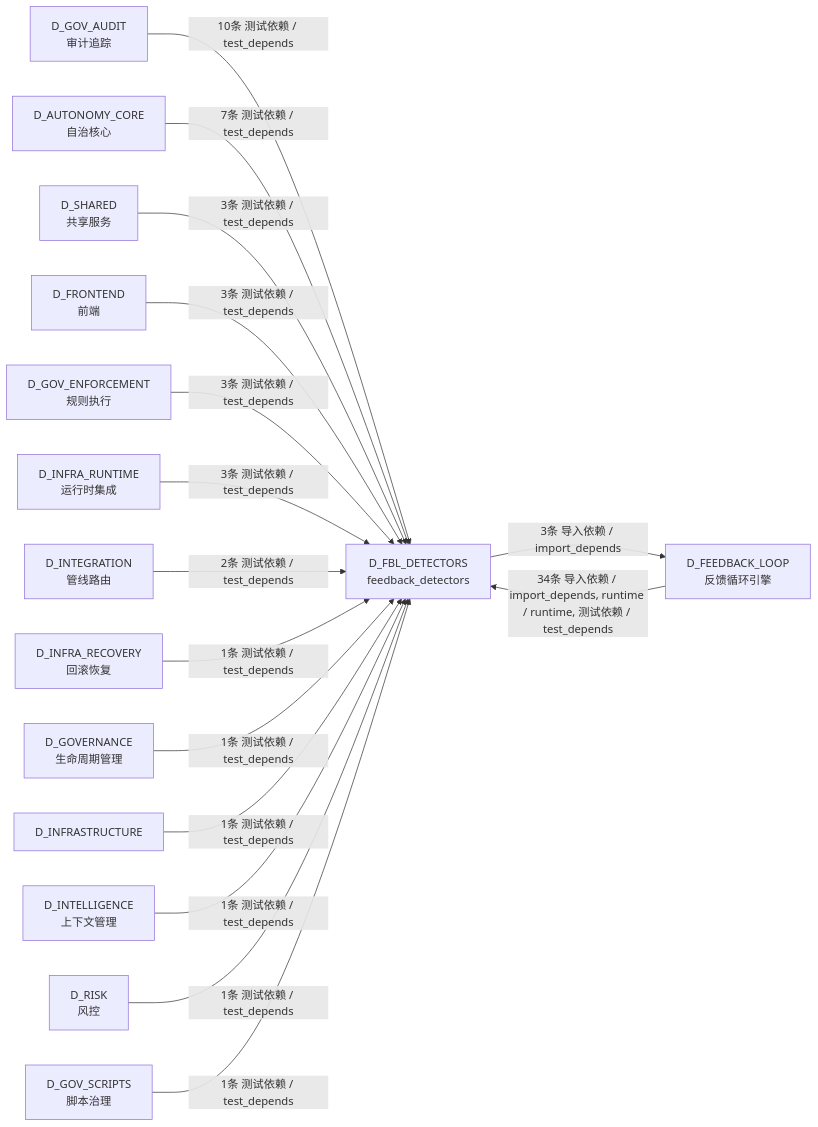
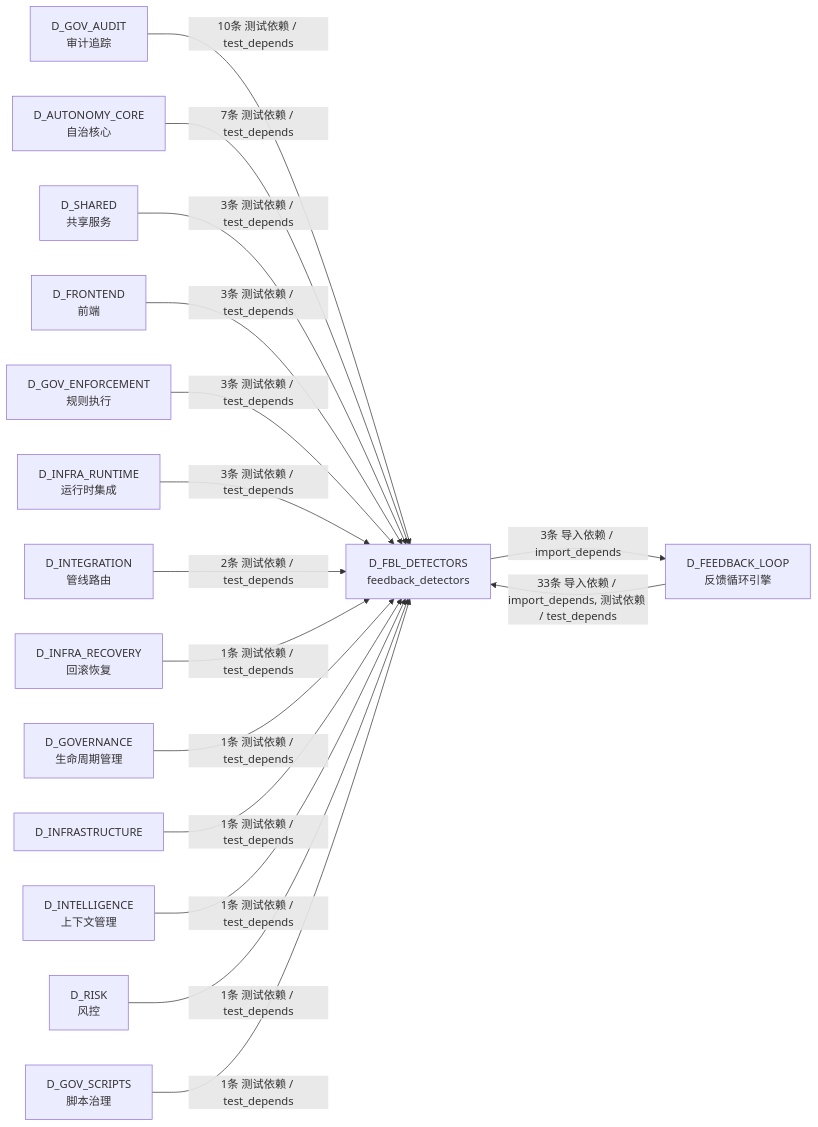
The sixth of 6 diagrams in docs/02_enterprise_architecture/02_domain_architecture_docs/11_d_fbl_detectors.md (xuanFelixVan/ZephyrAlpha), drawn with Mermaid before and after one commit. The commit also changed other lines of this file and 125 other files, not shown here.

````diff
--- a/docs/02_enterprise_architecture/02_domain_architecture_docs/11_d_fbl_detectors.md
+++ b/docs/02_enterprise_architecture/02_domain_architecture_docs/11_d_fbl_detectors.md
@@ -524,33 +522,33 @@
 ```mermaid
 graph LR
     D_FBL_DETECTORS["D_FBL_DETECTORS<br/>feedback_detectors"]
     D_FEEDBACK_LOOP["D_FEEDBACK_LOOP<br/>反馈循环引擎"]
     D_GOV_AUDIT["D_GOV_AUDIT<br/>审计追踪"]
     D_AUTONOMY_CORE["D_AUTONOMY_CORE<br/>自治核心"]
     D_SHARED["D_SHARED<br/>共享服务"]
     D_FRONTEND["D_FRONTEND<br/>前端"]
     D_GOV_ENFORCEMENT["D_GOV_ENFORCEMENT<br/>规则执行"]
     D_INFRA_RUNTIME["D_INFRA_RUNTIME<br/>运行时集成"]
     D_INTEGRATION["D_INTEGRATION<br/>管线路由"]
     D_INFRA_RECOVERY["D_INFRA_RECOVERY<br/>回滚恢复"]
     D_GOVERNANCE["D_GOVERNANCE<br/>生命周期管理"]
     D_INFRASTRUCTURE["D_INFRASTRUCTURE"]
     D_INTELLIGENCE["D_INTELLIGENCE<br/>上下文管理"]
     D_RISK["D_RISK<br/>风控"]
     D_GOV_SCRIPTS["D_GOV_SCRIPTS<br/>脚本治理"]
     D_FBL_DETECTORS -->|3条 导入依赖 / import_depends| D_FEEDBACK_LOOP
-    D_FEEDBACK_LOOP -->|34条 导入依赖 / import_depends, runtime / runtime, 测试依赖 / test_depends| D_FBL_DETECTORS
+    D_FEEDBACK_LOOP -->|33条 导入依赖 / import_depends, 测试依赖 / test_depends| D_FBL_DETECTORS
     D_GOV_AUDIT -->|10条 测试依赖 / test_depends| D_FBL_DETECTORS
     D_AUTONOMY_CORE -->|7条 测试依赖 / test_depends| D_FBL_DETECTORS
     D_SHARED -->|3条 测试依赖 / test_depends| D_FBL_DETECTORS
     D_FRONTEND -->|3条 测试依赖 / test_depends| D_FBL_DETECTORS
     D_GOV_ENFORCEMENT -->|3条 测试依赖 / test_depends| D_FBL_DETECTORS
     D_INFRA_RUNTIME -->|3条 测试依赖 / test_depends| D_FBL_DETECTORS
     D_INTEGRATION -->|2条 测试依赖 / test_depends| D_FBL_DETECTORS
     D_INFRA_RECOVERY -->|1条 测试依赖 / test_depends| D_FBL_DETECTORS
     D_GOVERNANCE -->|1条 测试依赖 / test_depends| D_FBL_DETECTORS
     D_INFRASTRUCTURE -->|1条 测试依赖 / test_depends| D_FBL_DETECTORS
     D_INTELLIGENCE -->|1条 测试依赖 / test_depends| D_FBL_DETECTORS
     D_RISK -->|1条 测试依赖 / test_depends| D_FBL_DETECTORS
     D_GOV_SCRIPTS -->|1条 测试依赖 / test_depends| D_FBL_DETECTORS
 ```
````
